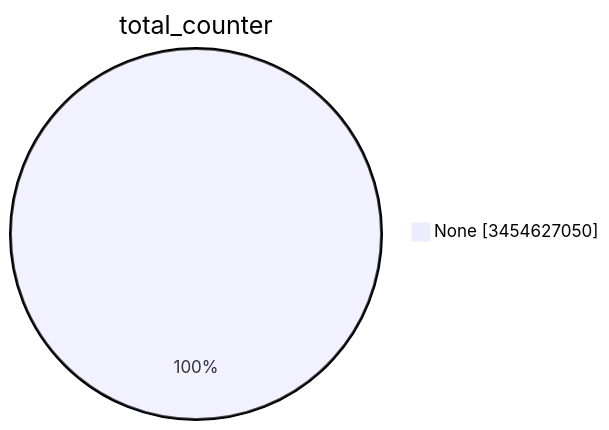
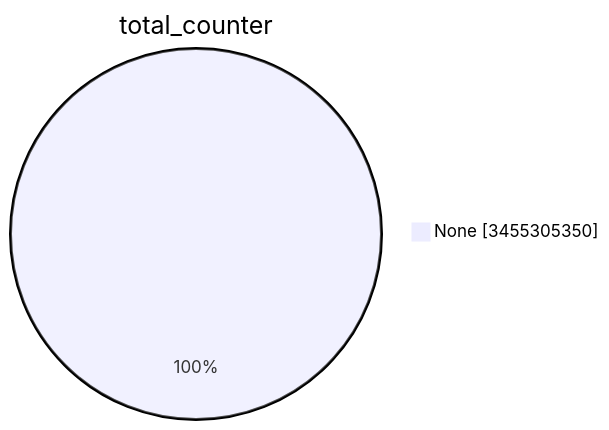
The first of 15 diagrams in TOTAL/README.md (christiankrug/ctmonitor_visualization), drawn with Mermaid before and after one commit. The commit also changed other lines of this file, not shown here.

````diff
--- a/TOTAL/README.md
+++ b/TOTAL/README.md
@@ -1,5 +1,5 @@
 ```mermaid
 pie showData
 title total_counter
-"None" :3454627050
+"None" :3455305350
 ```
````
